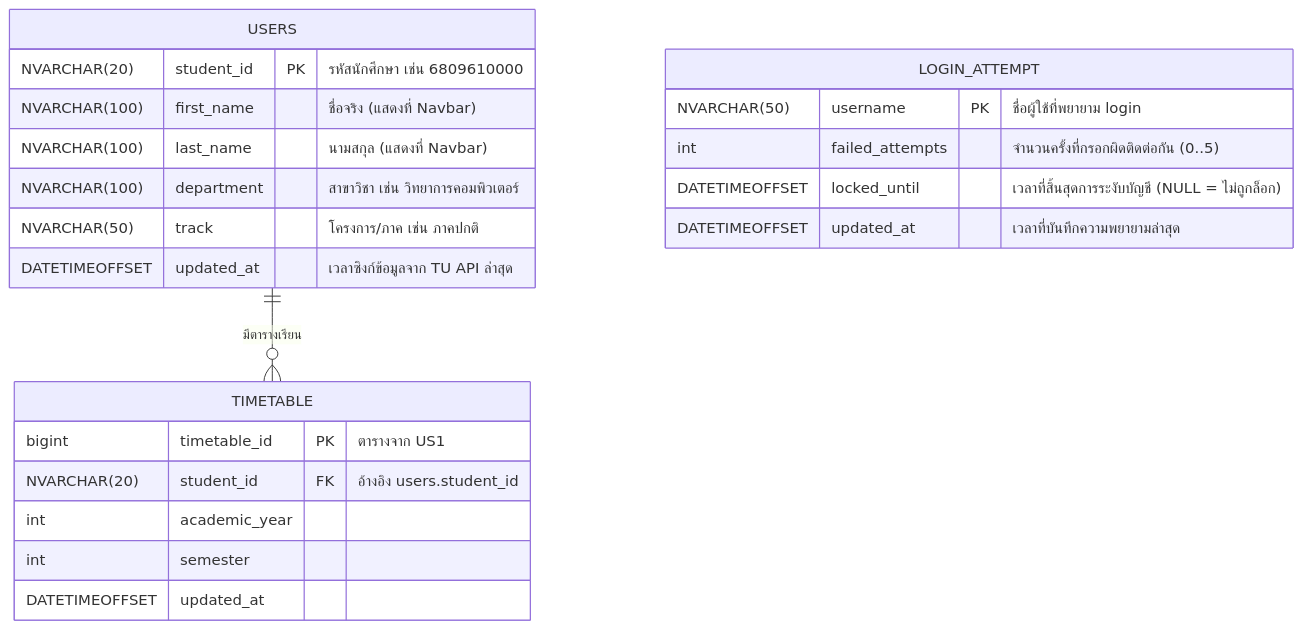
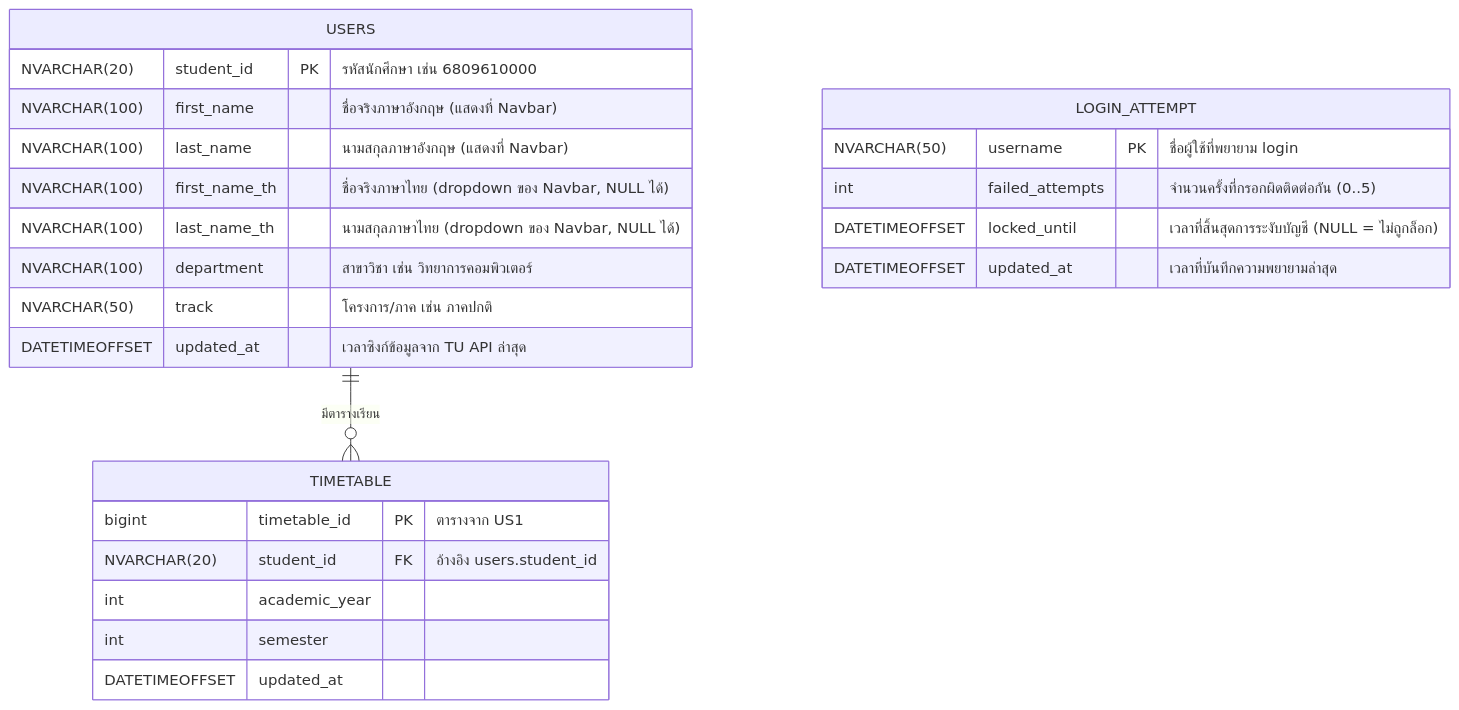
Before and after one commit to Non-Sin/CS261-G3-MockTimetableTU: the diagram in .doc/US3/T06/US3-T06-ER-Diagram.md, drawn with Mermaid. The commit also changed other lines of this file and 21 other files, not shown here.

````diff
--- a/.doc/US3/T06/US3-T06-ER-Diagram.md
+++ b/.doc/US3/T06/US3-T06-ER-Diagram.md
@@ -7,28 +7,30 @@
 ```mermaid
 erDiagram
     USERS ||--o{ TIMETABLE : "มีตารางเรียน"
 
     USERS {
         NVARCHAR(20) student_id PK "รหัสนักศึกษา เช่น 6809610000"
-        NVARCHAR(100) first_name "ชื่อจริง (แสดงที่ Navbar)"
-        NVARCHAR(100) last_name "นามสกุล (แสดงที่ Navbar)"
+        NVARCHAR(100) first_name "ชื่อจริงภาษาอังกฤษ (แสดงที่ Navbar)"
+        NVARCHAR(100) last_name "นามสกุลภาษาอังกฤษ (แสดงที่ Navbar)"
+        NVARCHAR(100) first_name_th "ชื่อจริงภาษาไทย (dropdown ของ Navbar, NULL ได้)"
+        NVARCHAR(100) last_name_th "นามสกุลภาษาไทย (dropdown ของ Navbar, NULL ได้)"
         NVARCHAR(100) department "สาขาวิชา เช่น วิทยาการคอมพิวเตอร์"
         NVARCHAR(50) track "โครงการ/ภาค เช่น ภาคปกติ"
         DATETIMEOFFSET updated_at "เวลาซิงก์ข้อมูลจาก TU API ล่าสุด"
     }
 
     LOGIN_ATTEMPT {
         NVARCHAR(50) username PK "ชื่อผู้ใช้ที่พยายาม login"
         int failed_attempts "จำนวนครั้งที่กรอกผิดติดต่อกัน (0..5)"
         DATETIMEOFFSET locked_until "เวลาที่สิ้นสุดการระงับบัญชี (NULL = ไม่ถูกล็อก)"
         DATETIMEOFFSET updated_at "เวลาที่บันทึกความพยายามล่าสุด"
     }
 
     TIMETABLE {
         bigint timetable_id PK "ตารางจาก US1"
         NVARCHAR(20) student_id FK "อ้างอิง users.student_id"
         int academic_year
         int semester
         DATETIMEOFFSET updated_at
     }
 ```
````
